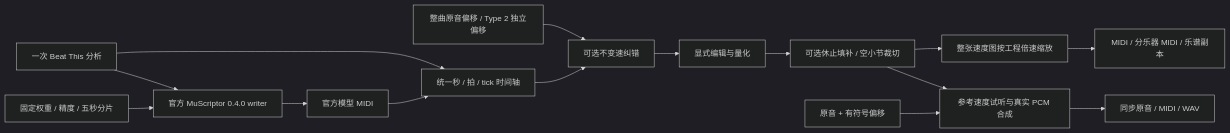
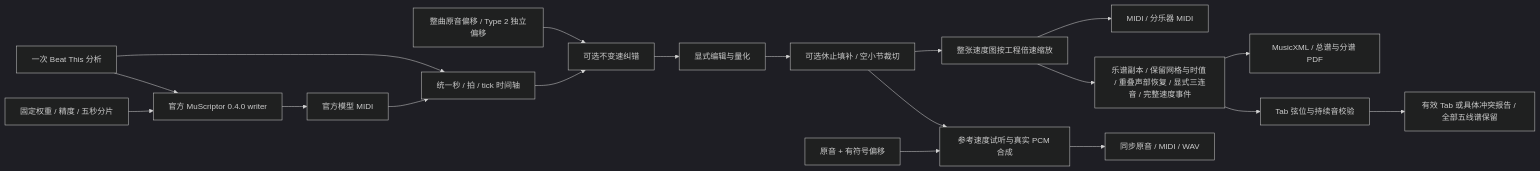
The diagram in docs/midi-timing-export.md (mason369/music-to-midi), drawn with Mermaid (dark theme) before and after one commit. The commit also changed other lines of this file and 26 other files, not shown here.

````diff
--- a/docs/midi-timing-export.md
+++ b/docs/midi-timing-export.md
@@ -50,17 +56,21 @@
 ```mermaid
 flowchart LR
     B[一次 Beat This 分析] --> U[官方 MuScriptor 0.4.0 writer]
     I[固定权重 / 精度 / 五秒分片] --> U
     U --> A
     B --> T
     A[官方模型 MIDI] --> T[统一秒 / 拍 / tick 时间轴]
     OI[整曲原音偏移 / Type 2 独立偏移] --> C
     T --> C[可选不变速纠错]
     C --> E[显式编辑与量化]
     E --> X[可选休止填补 / 空小节裁切]
     X --> R[整张速度图按工程倍速缩放]
-    R --> M[MIDI / 分乐器 MIDI / 乐谱副本]
+    R --> M[MIDI / 分乐器 MIDI]
+    R --> S[乐谱副本 / 保留网格与时值 / 重叠声部恢复 / 显式三连音 / 完整速度事件]
+    S --> F[MusicXML / 总谱与分谱 PDF]
+    S --> V[Tab 弦位与持续音校验]
+    V --> A1[有效 Tab 或具体冲突报告 / 全部五线谱保留]
     X --> P[参考速度试听与真实 PCM 合成]
     O[原音 + 有符号偏移] --> P
     P --> W[同步原音 / MIDI / WAV]
 ```
````
